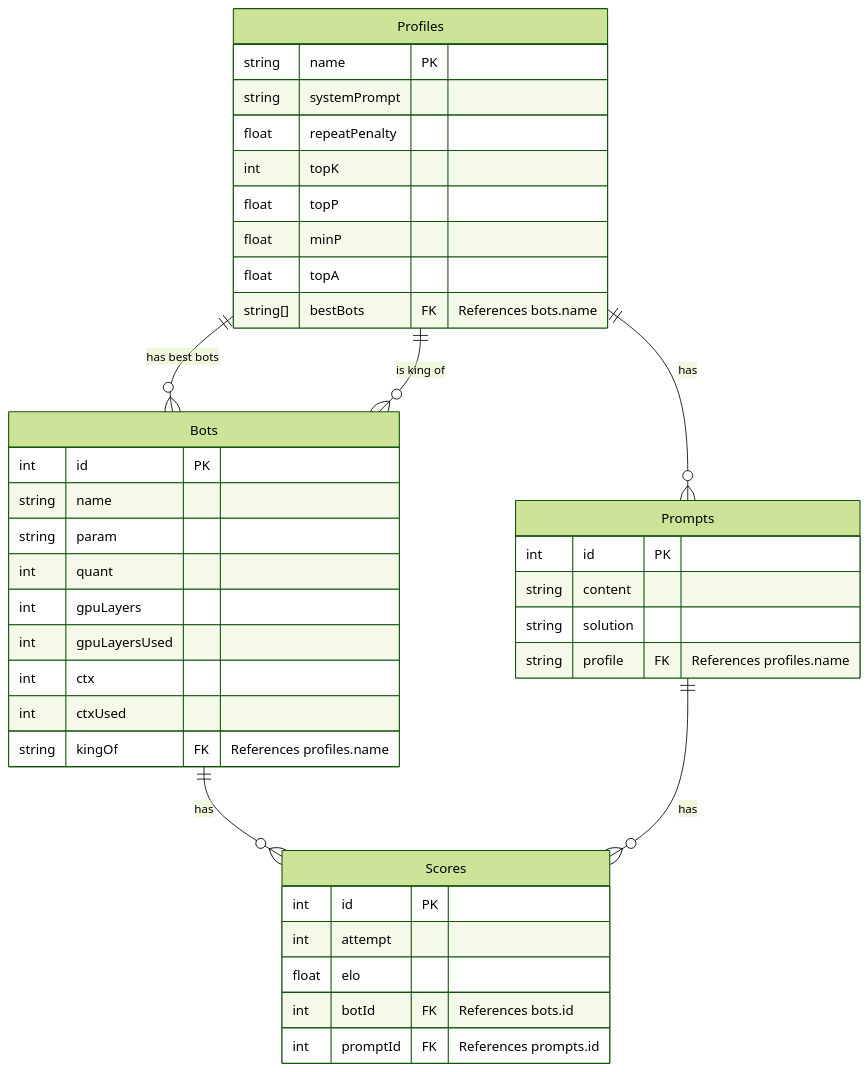
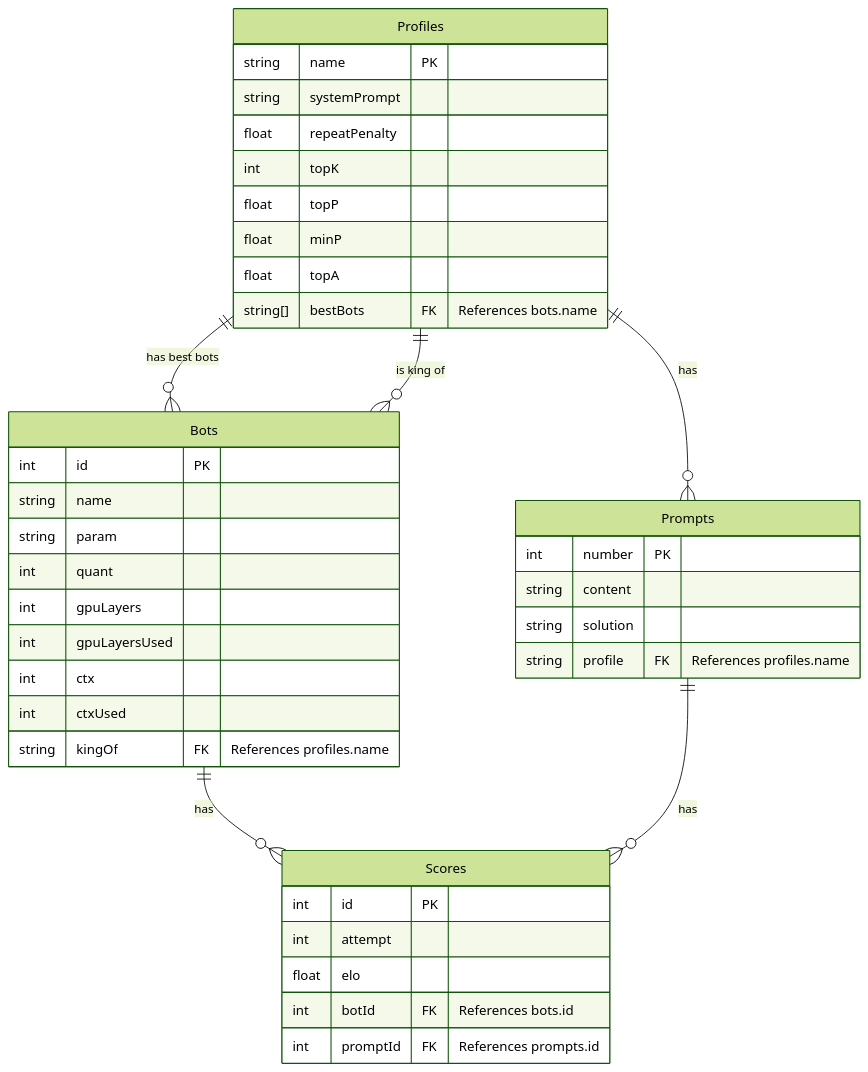
One commit to lavantien/llm_tournament changed the diagram in preliminary_design.md. Above: the diagram before and after it, drawn with Mermaid (forest theme). The commit also changed other lines of this file and 3 other files, not shown here.

````diff
--- a/preliminary_design.md
+++ b/preliminary_design.md
@@ -12,46 +12,46 @@
 ```mermaid
 erDiagram
     Bots {
         int id PK
         string name
         string param
         int quant
         int gpuLayers
         int gpuLayersUsed
         int ctx
         int ctxUsed
         string kingOf FK "References profiles.name"
     }
 
     Profiles {
         string name PK
         string systemPrompt
         float repeatPenalty
         int topK
         float topP
         float minP
         float topA
         string[] bestBots FK "References bots.name"
     }
 
     Prompts {
-        int id PK
+        int number PK
         string content
         string solution
         string profile FK "References profiles.name"
     }
 
     Scores {
         int id PK
         int attempt
         float elo
         int botId FK "References bots.id"
         int promptId FK "References prompts.id"
     }
 
     Bots ||--o{ Scores : "has"
     Prompts ||--o{ Scores : "has"
     Profiles ||--o{ Prompts : "has"
     Profiles ||--o{ Bots : "has best bots"
     Profiles ||--o{ Bots : "is king of"
 ```
````
